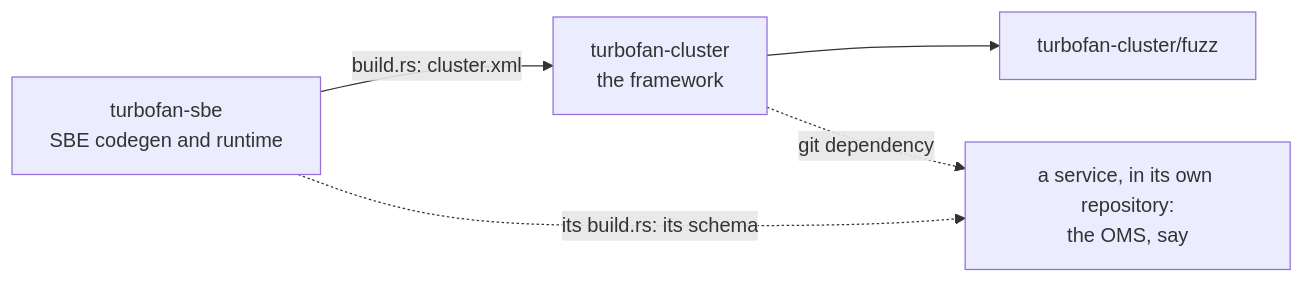
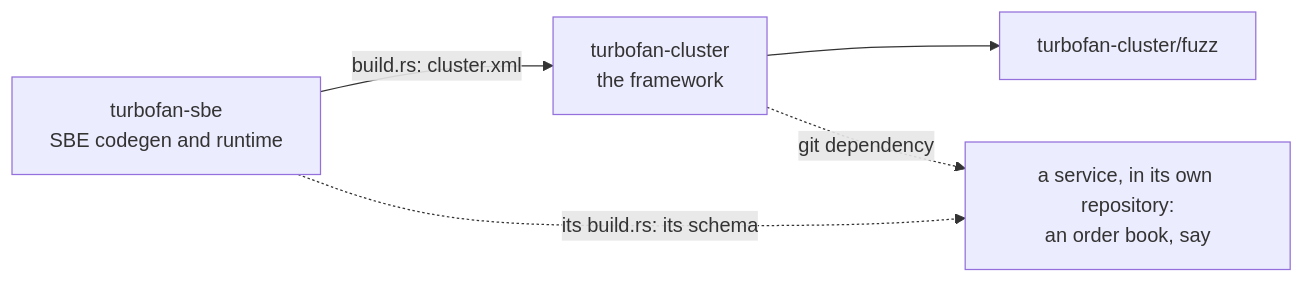
Before and after one commit to jrogers/turbofan: the first of 4 diagrams in crates/turbofan-cluster/docs/ARCHITECTURE.md, drawn with Mermaid. The commit also changed other lines of this file and 3 other files, not shown here.

Commit message:
Docs: no links to the OMS, whose repository is private

````diff
--- a/crates/turbofan-cluster/docs/ARCHITECTURE.md
+++ b/crates/turbofan-cluster/docs/ARCHITECTURE.md
@@ -10,12 +10,12 @@
 ```mermaid
 flowchart LR
     sbe[turbofan-sbe<br/>SBE codegen and runtime]
     cluster[turbofan-cluster<br/>the framework]
     fuzz[turbofan-cluster/fuzz]
-    service[a service, in its own repository:<br/>the OMS, say]
+    service[a service, in its own repository:<br/>an order book, say]
 
     sbe -- "build.rs: cluster.xml" --> cluster
     cluster --> fuzz
     cluster -. "git dependency" .-> service
     sbe -. "its build.rs: its schema" .-> service
 ```
````
